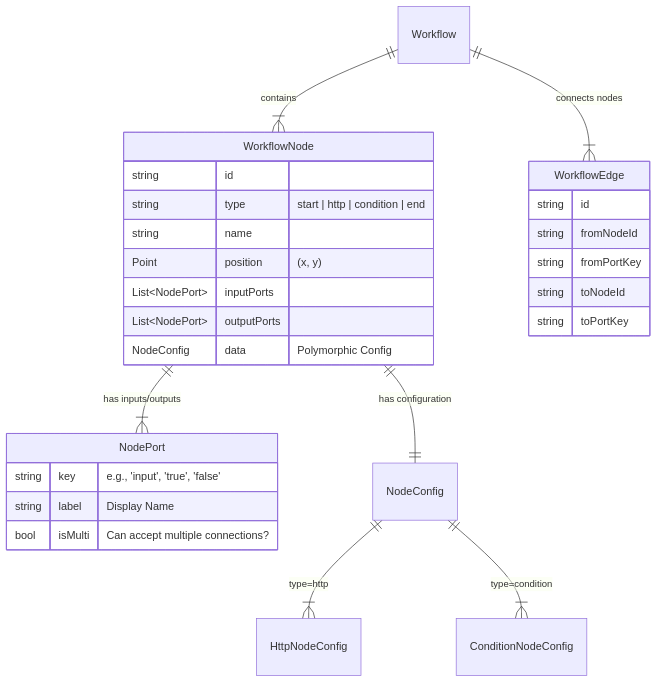
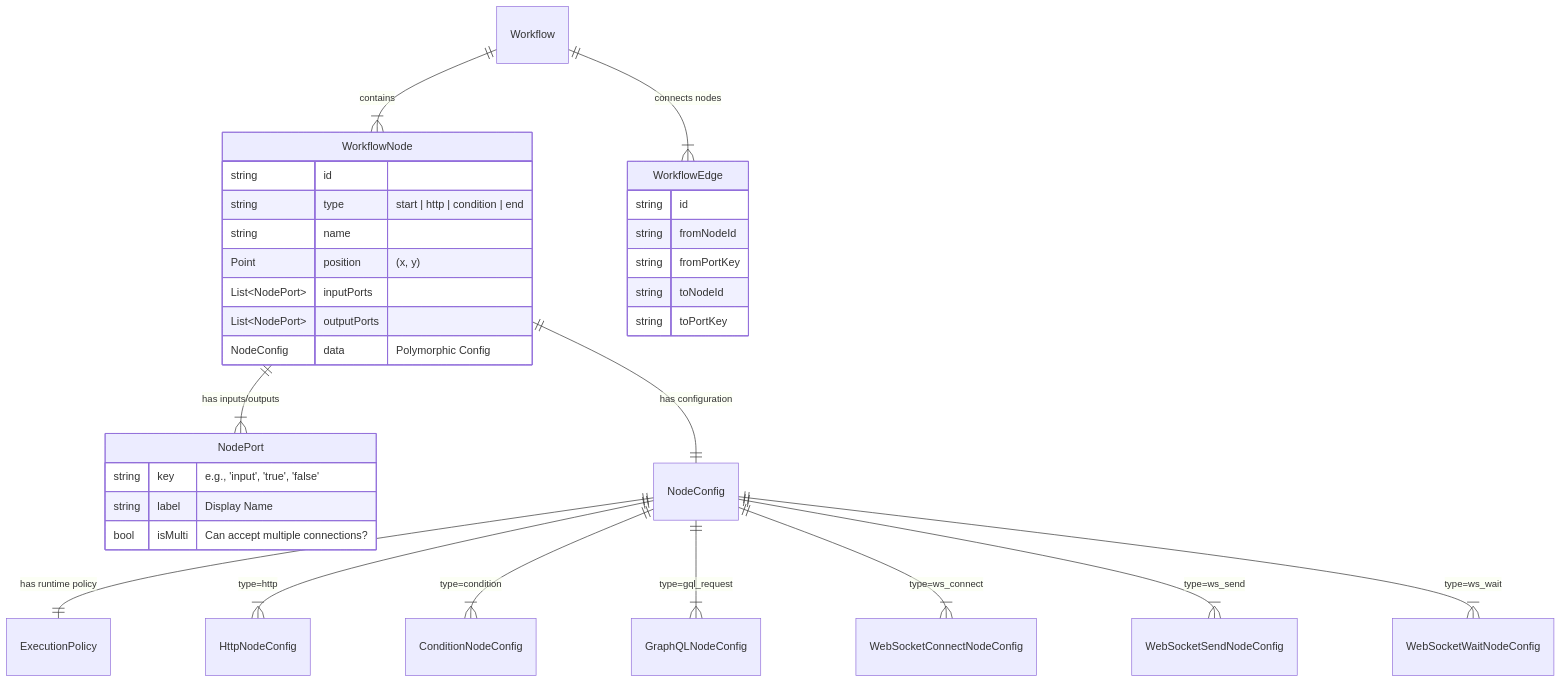
Before and after one commit to clevekim00/ApiLens: the diagram in docs/workflow_data_model_design.md, drawn with Mermaid. The commit also changed other lines of this file and 121 other files, not shown here.

````diff
--- a/docs/workflow_data_model_design.md
+++ b/docs/workflow_data_model_design.md
@@ -4,34 +4,39 @@
 ```mermaid
 erDiagram
     Workflow ||--|{ WorkflowNode : contains
     Workflow ||--|{ WorkflowEdge : "connects nodes"
     WorkflowNode ||--|{ NodePort : "has inputs/outputs"
     WorkflowNode ||--|| NodeConfig : "has configuration"
+    NodeConfig ||--|| ExecutionPolicy : "has runtime policy"
     
     WorkflowEdge {
         string id
         string fromNodeId
         string fromPortKey
         string toNodeId
         string toPortKey
     }
 
     WorkflowNode {
         string id
         string type "start | http | condition | end"
         string name
         Point position "(x, y)"
         List~NodePort~ inputPorts
         List~NodePort~ outputPorts
         NodeConfig data "Polymorphic Config"
     }
 
     NodePort {
         string key "e.g., 'input', 'true', 'false'"
         string label "Display Name"
         bool isMulti "Can accept multiple connections?"
     }
 
     NodeConfig ||--|{ HttpNodeConfig : "type=http"
     NodeConfig ||--|{ ConditionNodeConfig : "type=condition"
+    NodeConfig ||--|{ GraphQLNodeConfig : "type=gql_request"
+    NodeConfig ||--|{ WebSocketConnectNodeConfig : "type=ws_connect"
+    NodeConfig ||--|{ WebSocketSendNodeConfig : "type=ws_send"
+    NodeConfig ||--|{ WebSocketWaitNodeConfig : "type=ws_wait"
 ```
````
